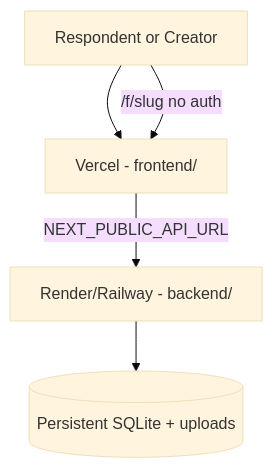
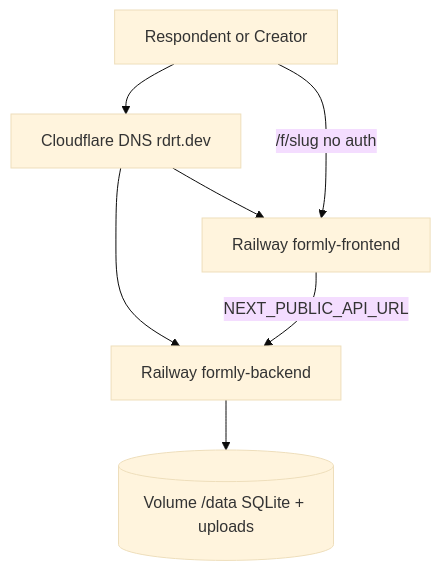
One commit to ruthwikkakumani/formly changed the second of 2 diagrams in docs/diagrams/component.md. Above: the diagram before and after it, drawn with Mermaid (base theme). The commit also changed other lines of this file and 7 other files, not shown here.

Commit message:
docs: sync README, LLD, and UML with auth, invites, and Railway SQLite

````diff
--- a/docs/diagrams/component.md
+++ b/docs/diagrams/component.md
@@ -32,12 +33,15 @@
 ```mermaid
 flowchart TB
   User[Respondent or Creator]
-  Vercel[Vercel - frontend/]
-  Render[Render/Railway - backend/]
-  Disk[(Persistent SQLite + uploads)]
+  CF[Cloudflare DNS rdrt.dev]
+  Web[Railway formly-frontend]
+  API[Railway formly-backend]
+  Vol[(Volume /data SQLite + uploads)]
 
-  User --> Vercel
-  Vercel -->|NEXT_PUBLIC_API_URL| Render
-  User -->|/f/slug no auth| Vercel
-  Render --> Disk
+  User --> CF
+  CF --> Web
+  CF --> API
+  Web -->|NEXT_PUBLIC_API_URL| API
+  User -->|/f/slug no auth| Web
+  API --> Vol
 ```
````
